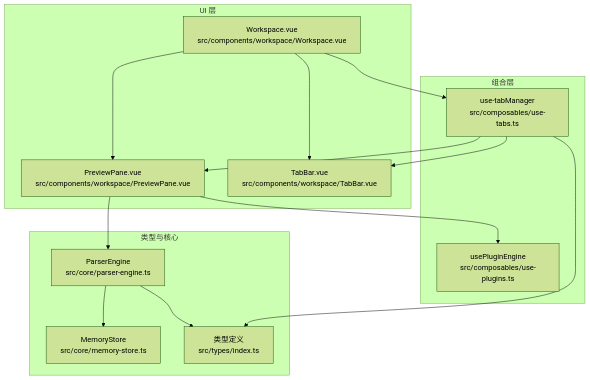
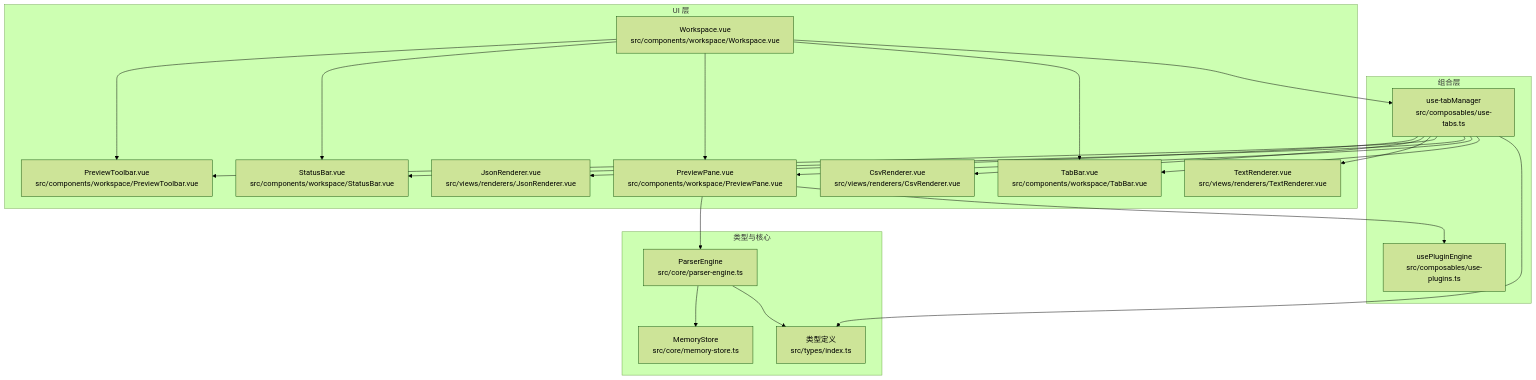
The first of 7 diagrams in .qoder/repowiki/zh/content/架构设计/数据流模式/组合式函数数据逻辑/标签页管理组合函数.md (taoweidong/Hello-Tauri), drawn with Mermaid (forest theme) before and after one commit. The commit also changed other lines of this file and 13 other files, not shown here.

````diff
--- a/.qoder/repowiki/zh/content/架构设计/数据流模式/组合式函数数据逻辑/标签页管理组合函数.md
+++ b/.qoder/repowiki/zh/content/架构设计/数据流模式/组合式函数数据逻辑/标签页管理组合函数.md
@@ -52,27 +63,39 @@
 ```mermaid
 graph TB
 subgraph "组合层"
 UT["use-tabManager<br/>src/composables/use-tabs.ts"]
 UP["usePluginEngine<br/>src/composables/use-plugins.ts"]
 end
 subgraph "类型与核心"
 T["类型定义<br/>src/types/index.ts"]
 PE["ParserEngine<br/>src/core/parser-engine.ts"]
 MS["MemoryStore<br/>src/core/memory-store.ts"]
 end
 subgraph "UI 层"
 TB["TabBar.vue<br/>src/components/workspace/TabBar.vue"]
 PP["PreviewPane.vue<br/>src/components/workspace/PreviewPane.vue"]
 WS["Workspace.vue<br/>src/components/workspace/Workspace.vue"]
+SB["StatusBar.vue<br/>src/components/workspace/StatusBar.vue"]
+PT["PreviewToolbar.vue<br/>src/components/workspace/PreviewToolbar.vue"]
+TR["TextRenderer.vue<br/>src/views/renderers/TextRenderer.vue"]
+CR["CsvRenderer.vue<br/>src/views/renderers/CsvRenderer.vue"]
+JR["JsonRenderer.vue<br/>src/views/renderers/JsonRenderer.vue"]
 end
 UT --> T
 UT --> TB
 UT --> PP
+UT --> SB
+UT --> PT
+UT --> TR
+UT --> CR
+UT --> JR
 PP --> UP
 PP --> PE
 PE --> T
 PE --> MS
 WS --> UT
 WS --> TB
 WS --> PP
+WS --> SB
+WS --> PT
 ```
````
